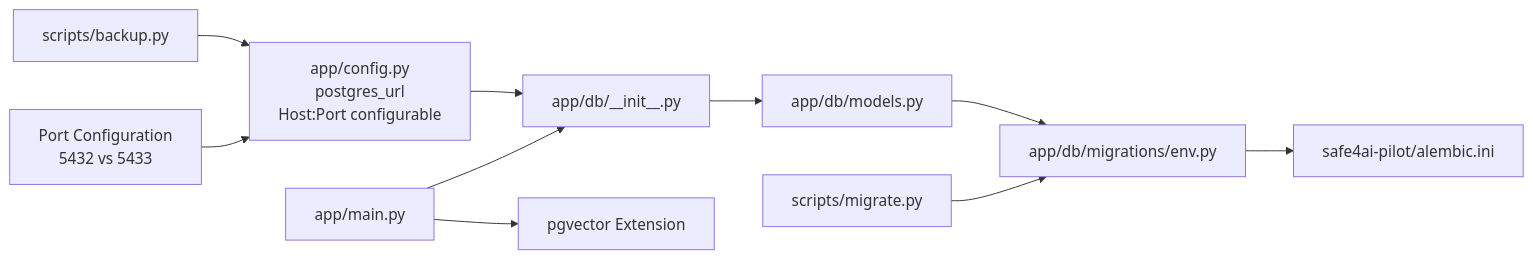
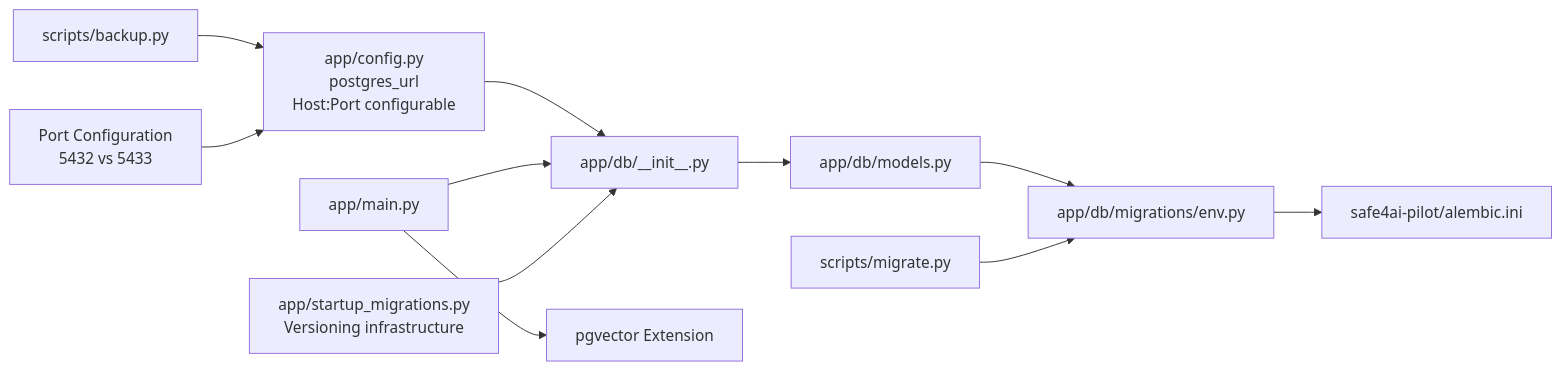
One commit to genes8/private-ai changed the seventh of 7 diagrams in .qoder/repowiki/en/content/Database Design/Database Design.md. Above: the diagram before and after it, drawn with Mermaid. The commit also changed other lines of this file and 7 other files, not shown here.

First line of the commit message:
fix: startup_migrations SQLAlchemy text() bind-parameter parsing bug

````diff
--- a/.qoder/repowiki/en/content/Database Design/Database Design.md
+++ b/.qoder/repowiki/en/content/Database Design/Database Design.md
@@ -488,12 +561,13 @@
 ```mermaid
 graph LR
 Settings["app/config.py<br/>postgres_url<br/>Host:Port configurable"] --> DBInit["app/db/__init__.py"]
 DBInit --> Models["app/db/models.py"]
 Models --> MigrationsEnv["app/db/migrations/env.py"]
 MigrationsEnv --> AlembicIni["safe4ai-pilot/alembic.ini"]
 Startup["app/main.py"] --> DBInit
 Startup --> PGVector["pgvector Extension"]
+StartupMigrations["app/startup_migrations.py<br/>Versioning infrastructure"] --> DBInit
 ScriptsMigrate["scripts/migrate.py"] --> MigrationsEnv
 ScriptsBackup["scripts/backup.py"] --> Settings
 DockerPorts["Port Configuration<br/>5432 vs 5433"] --> Settings
 ```
````
